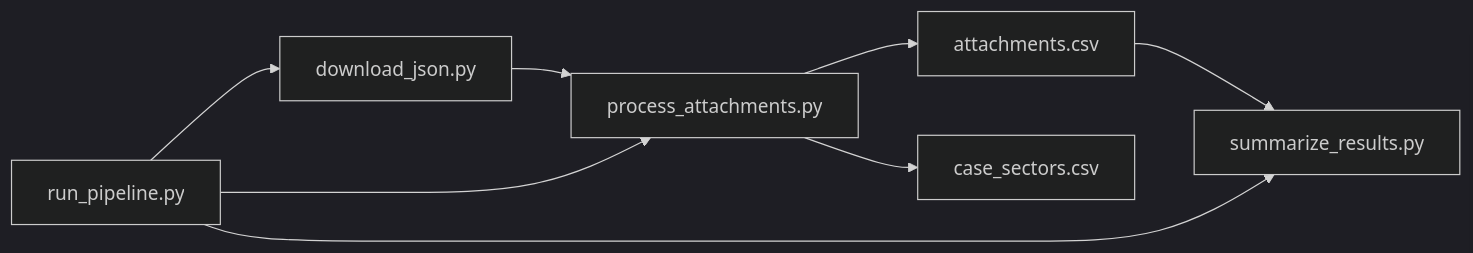
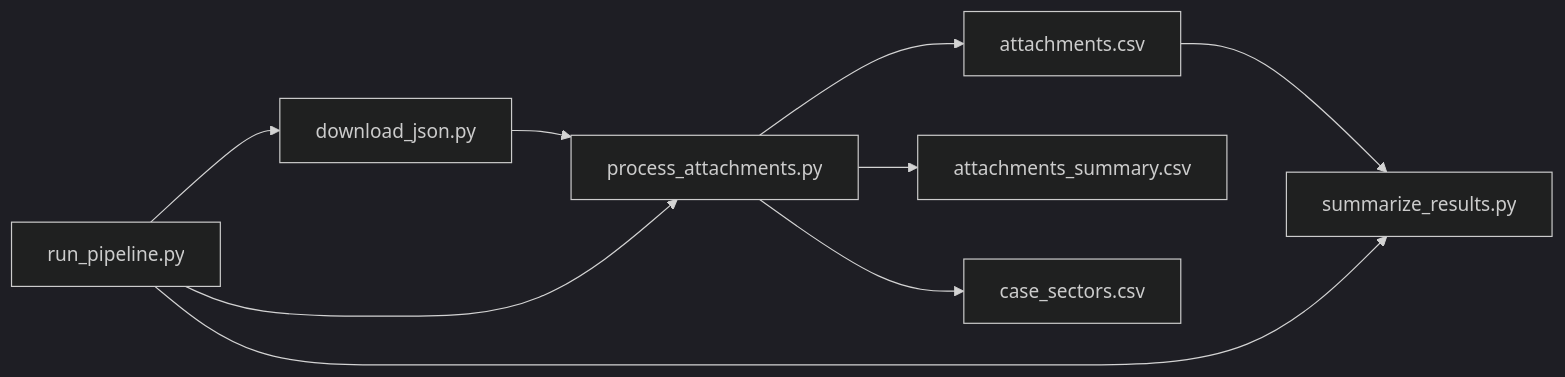
One commit to kvalge/eu-merger-cases-arbitration-analysis changed the diagram in specs/SPEC.md. Above: the diagram before and after it, drawn with Mermaid (dark theme). The commit also changed other lines of this file and 4 other files, not shown here.

Commit message:
Added attachments_summary.csv creation.

````diff
--- a/specs/SPEC.md
+++ b/specs/SPEC.md
@@ -260,10 +293,11 @@
 ```mermaid
 flowchart LR
   step1[download_json.py] --> step2[process_attachments.py]
   step2 --> csv[attachments.csv]
+  step2 --> summary[attachments_summary.csv]
   step2 --> sectors[case_sectors.csv]
   csv --> step3[summarize_results.py]
   runner[run_pipeline.py] --> step1
   runner --> step2
   runner --> step3
 ```
````
